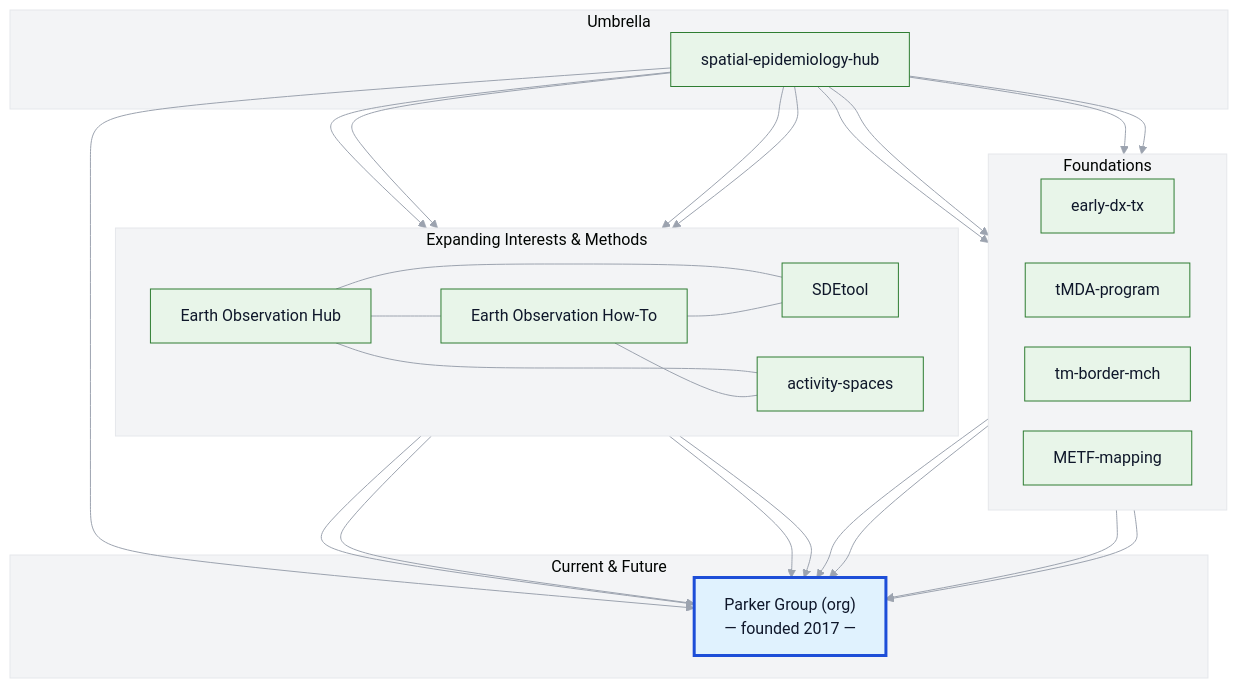
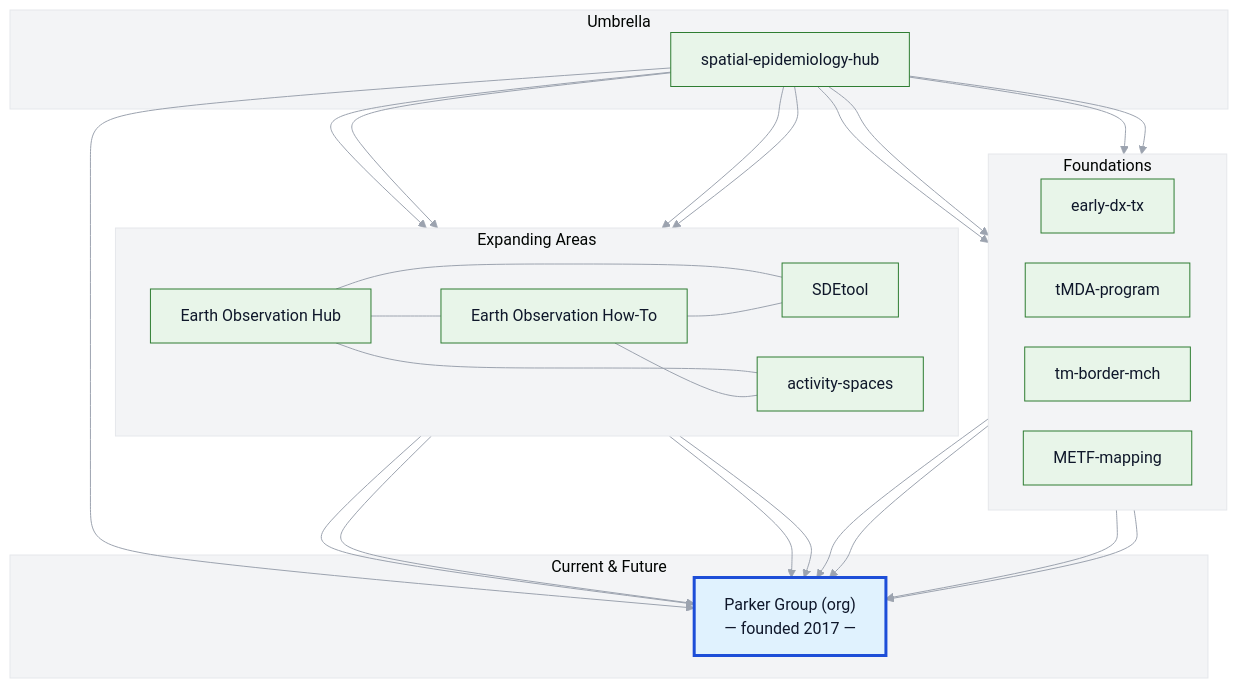
Before and after one commit to DMParker1/spatial-epidemiology-hub: the diagram in README.md, drawn with Mermaid.

````diff
--- a/README.md
+++ b/README.md
@@ -48,71 +48,71 @@
 ```mermaid
 %%{init: {"theme":"base","themeVariables": {
   "background":"#FAFAFA","clusterBkg":"#F3F4F6","clusterBorder":"#E5E7EB",
   "primaryColor":"#E8F5E9","primaryBorderColor":"#2E7D32",
   "primaryTextColor":"#0F172A","lineColor":"#9CA3AF"
 }, "flowchart":{"rankSpacing":45,"nodeSpacing":30}}}%%
 flowchart TB
   subgraph A[Foundations]
     direction LR
     EDT["early-dx-tx"]
     tMDA["tMDA-program"]
     MCH["tm-border-mch"]
     METF["METF-mapping"]
   end
-  subgraph B[Expanding Interests & Methods]
+  subgraph B[Expanding Areas]
     direction LR
     EO["Earth Observation Hub"]
     HOWTO["Earth Observation How-To"]
     SDE["SDEtool"]
     AS["activity-spaces"]
   end
   subgraph C[Umbrella]
     GIS["spatial-epidemiology-hub"]
   end
   subgraph D[Current & Future]
     PG["Parker Group (org)\n— founded 2017 —"]:::pg
   end
 
   %% Umbrella links
   GIS --> EDT
   GIS --> tMDA
   GIS --> MCH
   GIS --> METF
   GIS --> EO
   GIS --> HOWTO
   GIS --> SDE
   GIS --> AS
   GIS --> PG
 
   %% Method interplay
   EO --- HOWTO
   EO --- SDE
   EO --- AS
   HOWTO --- SDE
   HOWTO --- AS
 
   %% Convergence to Parker Group
   EO --> PG
   HOWTO --> PG
   SDE --> PG
   AS --> PG
   METF --> PG
   tMDA --> PG
   EDT --> PG
   MCH --> PG
 
   %% Clickable links
   click GIS "https://github.com/DMParker1/spatial-epidemiology-hub" "spatial-epidemiology-hub"
   click EDT "https://github.com/DMParker1/early-dx-tx" "early-dx-tx repository"
   click tMDA "https://github.com/DMParker1/tmda-program" "tMDA-program repository"
   click MCH "https://github.com/DMParker1/tm-border-mch" "tm-border-mch repository"
   click METF "https://github.com/DMParker1/METF-mapping" "METF-mapping repository"
   click EO "https://github.com/DMParker1/earth-observation-hub" "Earth Observation Hub"
   click HOWTO "https://github.com/parker-group/earth-observation-howto" "EO How-To Guides"
   click SDE "https://github.com/parker-group/SDEtool" "SDEtool package"
   click AS "https://github.com/DMParker1/activity-spaces" "activity-spaces repository"
   click PG "https://github.com/parker-group" "Parker Group organization"
 
   %% Highlight Parker Group node
   classDef pg fill:#E0F2FE,stroke:#1D4ED8,stroke-width:3px;
 ```
````
